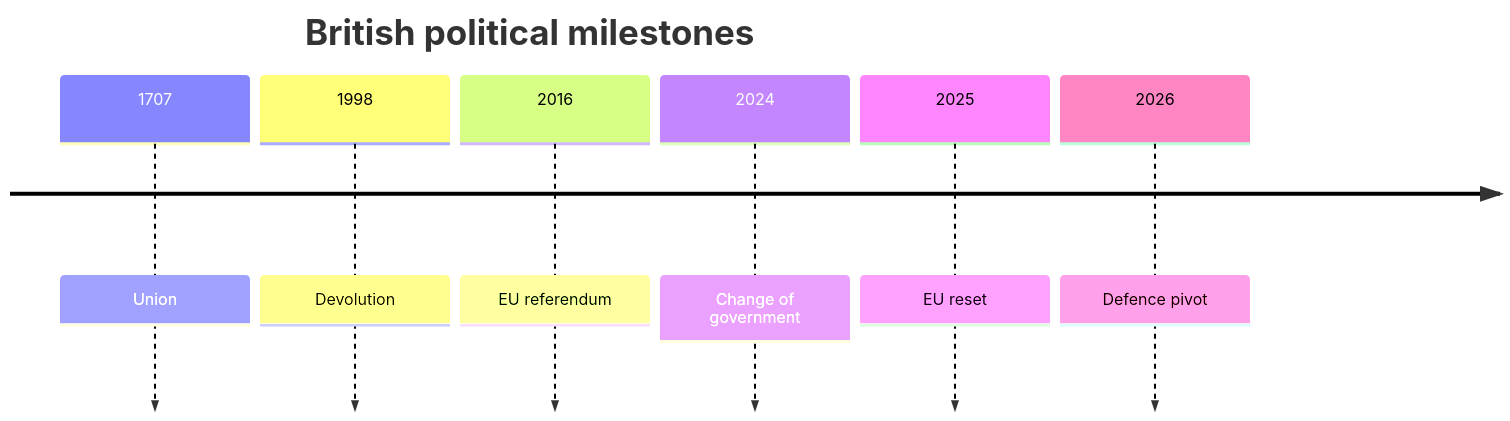
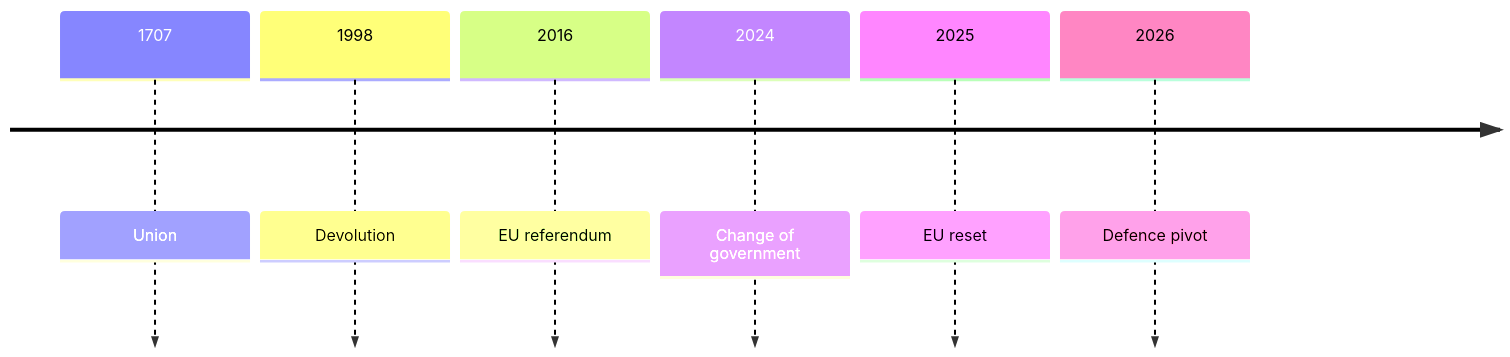
The diagram in articles/report/united-kingdom-geopolitical-profile/en/index.mdx (daylight55/research), drawn with Mermaid before and after one commit. The commit also changed 181 other files, not shown here.

First line of the commit message:
全記事の図解368点を再生成し、共通注意書きを削除 (#402)

````diff
--- a/articles/report/united-kingdom-geopolitical-profile/en/index.mdx
+++ b/articles/report/united-kingdom-geopolitical-profile/en/index.mdx
@@ -72,10 +72,13 @@
 ```mermaid
 timeline
-  title British political milestones
+  accTitle: Milestones in the UK's union, Europe and defence
+  accDescr: Review union and devolution, EU exit, government change, European relations and defence investment chronologically.
+  accTitle: Milestones in the UK's union, Europe and defence
+  accDescr: Review union and devolution, EU exit, government change, European relations and defence investment chronologically.
   1707 : Union
   1998 : Devolution
   2016 : EU referendum
   2024 : Change of government
   2025 : EU reset
   2026 : Defence pivot
 ```
````
